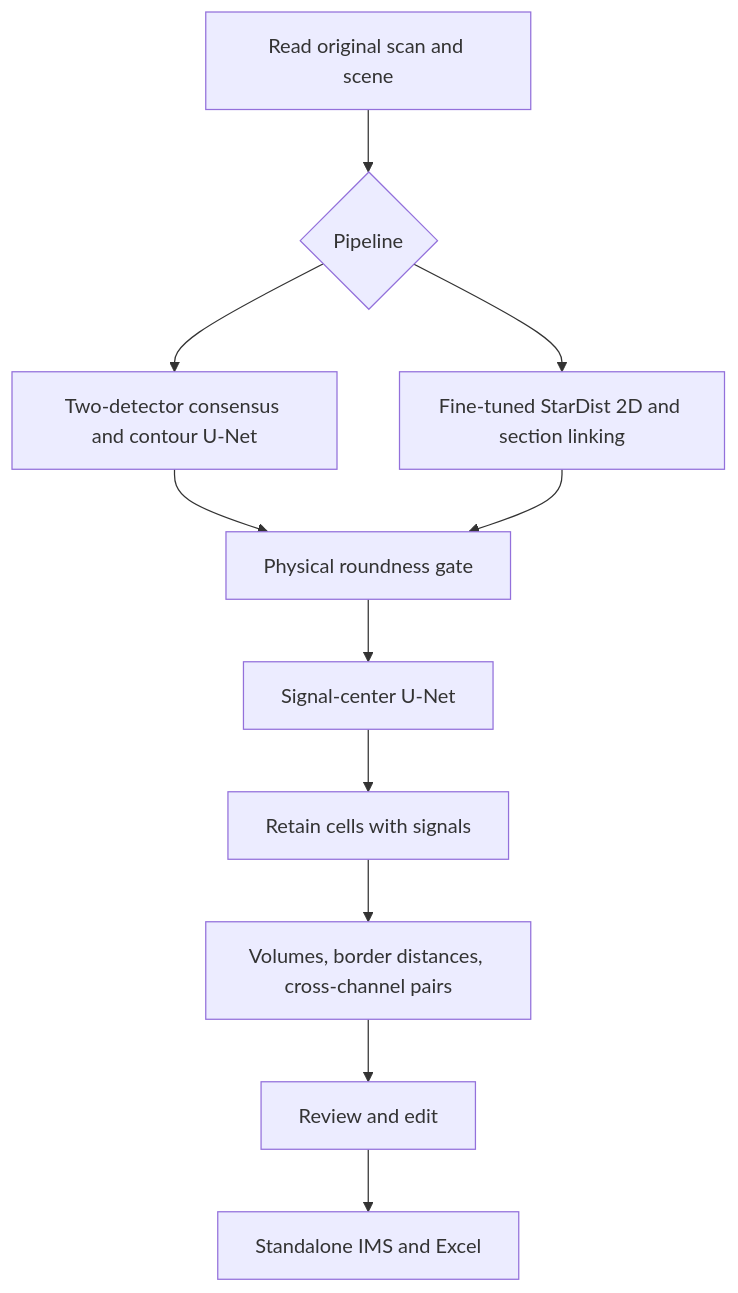
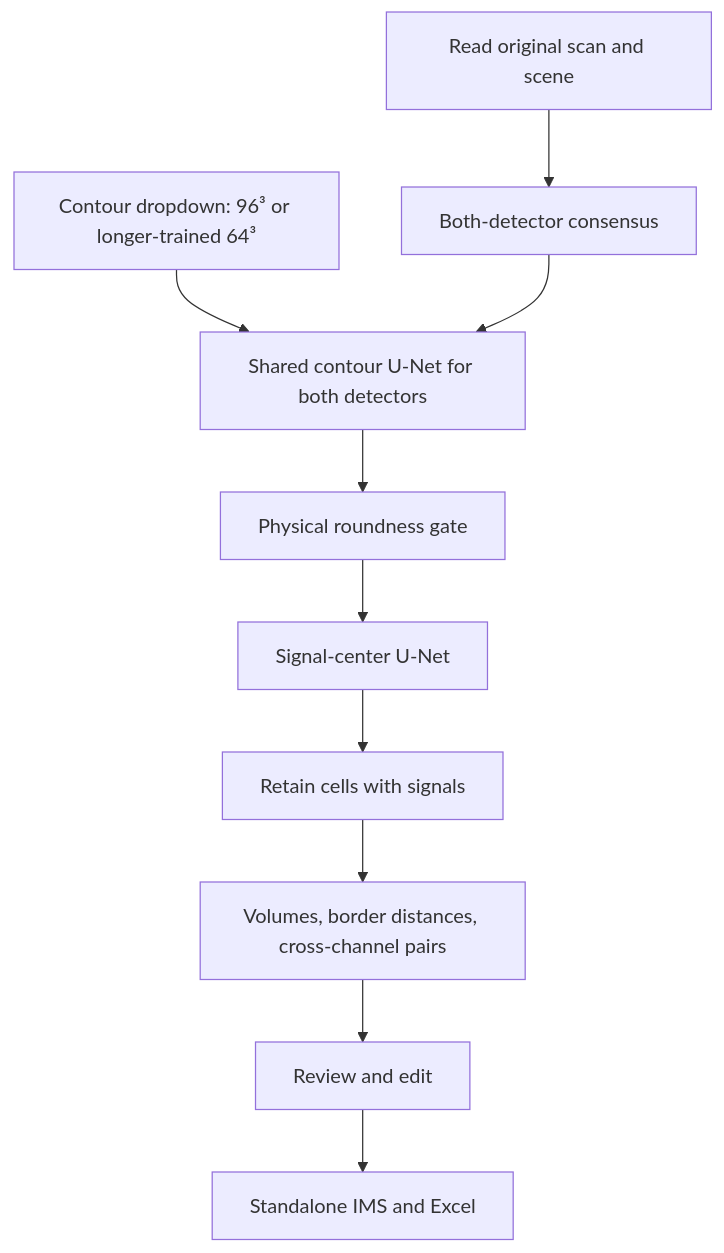
The diagram in docs/architecture.md (Rokoel/fish-analysis), drawn with Mermaid before and after one commit. The commit also changed other lines of this file and 85 other files, not shown here.

Commit message:
Release v0.10.0: consensus-only analysis with selectable contour models

````diff
--- a/docs/architecture.md
+++ b/docs/architecture.md
@@ -10,13 +10,12 @@
 ```mermaid
 flowchart TD
-    A[Read original scan and scene] --> B{Pipeline}
-    B --> C[Two-detector consensus and contour U-Net]
-    B --> D[Fine-tuned StarDist 2D and section linking]
+    A[Read original scan and scene] --> B[Both-detector consensus]
+    M[Contour dropdown: 96³ or longer-trained 64³] --> C[Shared contour U-Net for both detectors]
+    B --> C
     C --> E[Physical roundness gate]
-    D --> E
     E --> F[Signal-center U-Net]
     F --> G[Retain cells with signals]
     G --> H[Volumes, border distances, cross-channel pairs]
     H --> I[Review and edit]
     I --> J[Standalone IMS and Excel]
 ```
````
